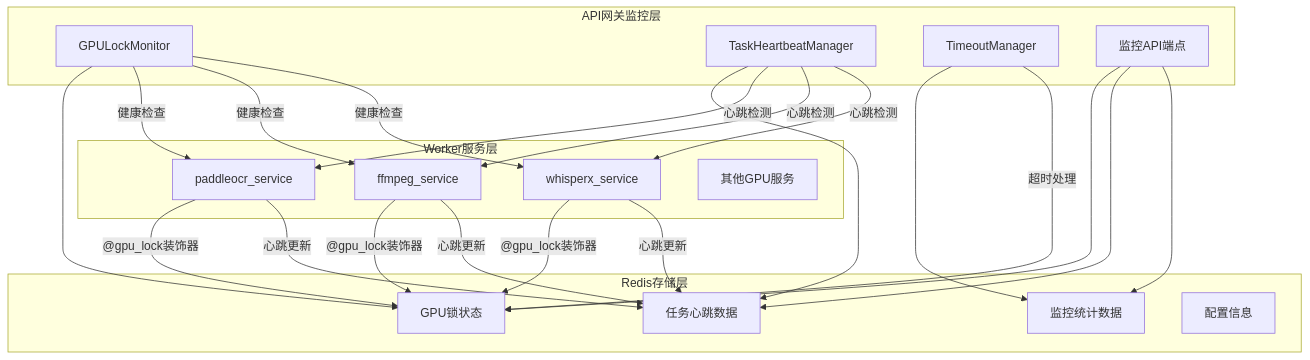
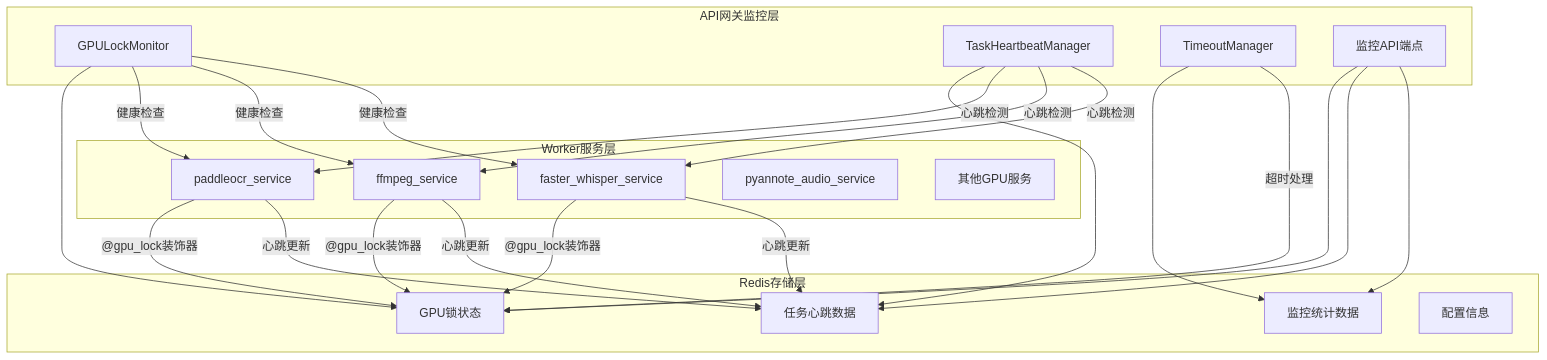
One commit to wionch/YiVideo changed the second of 2 diagrams in docs/architecture/SYSTEM_ARCHITECTURE.md. Above: the diagram before and after it, drawn with Mermaid. The commit also changed other lines of this file and 83 other files, not shown here.

````diff
--- a/docs/architecture/SYSTEM_ARCHITECTURE.md
+++ b/docs/architecture/SYSTEM_ARCHITECTURE.md
@@ -219,45 +221,46 @@
 ```mermaid
 graph TD
     subgraph "API网关监控层"
         M1[GPULockMonitor]
         M2[TaskHeartbeatManager]
         M3[TimeoutManager]
         M4[监控API端点]
     end
 
     subgraph "Redis存储层"
         R1[GPU锁状态]
         R2[任务心跳数据]
         R3[监控统计数据]
         R4[配置信息]
     end
 
     subgraph "Worker服务层"
         W1[paddleocr_service]
         W2[ffmpeg_service]
-        W3[whisperx_service]
-        W4[其他GPU服务]
+        W3[faster_whisper_service]
+        W4[pyannote_audio_service]
+        W5[其他GPU服务]
     end
 
     M1 --> R1
     M2 --> R2
     M3 --> R3
     M4 --> R1
     M4 --> R2
     M4 --> R3
 
     W1 -- "@gpu_lock装饰器" --> R1
     W1 -- "心跳更新" --> R2
     W2 -- "@gpu_lock装饰器" --> R1
     W2 -- "心跳更新" --> R2
     W3 -- "@gpu_lock装饰器" --> R1
     W3 -- "心跳更新" --> R2
 
     M1 -- "健康检查" --> W1
     M1 -- "健康检查" --> W2
     M1 -- "健康检查" --> W3
     M2 -- "心跳检测" --> W1
     M2 -- "心跳检测" --> W2
     M2 -- "心跳检测" --> W3
     M3 -- "超时处理" --> R1
 ```
````
